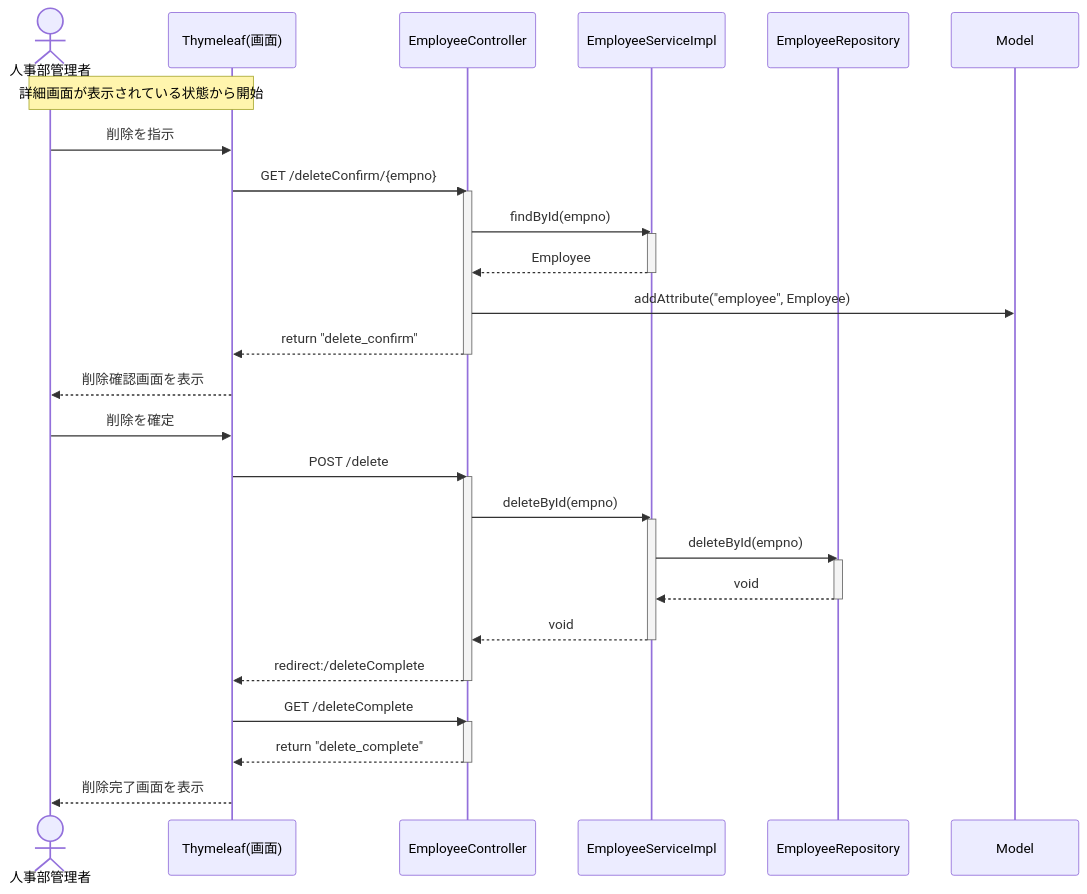
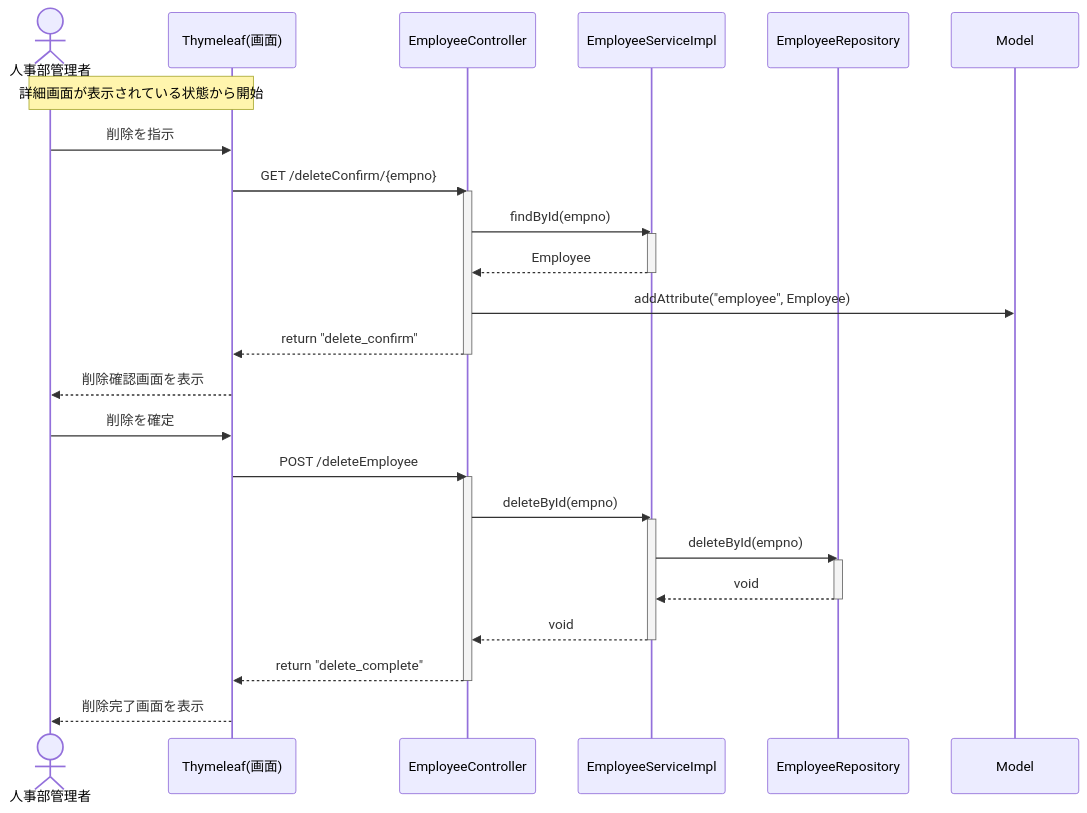
Diagram 21 of 21 in EIMS_Comprehensive_Exercise_Guide.md (juyeongjung1/NewEIMS), drawn with Mermaid before and after one commit. The commit also changed other lines of this file, not shown here.

Commit message:
分析・設計の両シーケンス図に、全検索パターンの分岐とトップページ導線を追加

````diff
--- a/EIMS_Comprehensive_Exercise_Guide.md
+++ b/EIMS_Comprehensive_Exercise_Guide.md
@@ -1330,41 +1394,37 @@
 ```mermaid
 sequenceDiagram
     actor Admin as 人事部管理者
     participant View as Thymeleaf(画面)
     participant Ctrl as EmployeeController
     participant Svc as EmployeeServiceImpl
     participant Rep as EmployeeRepository
     participant Model as Model
 
     note over Admin, View: 詳細画面が表示されている状態から開始
     Admin ->> View: 削除を指示
     View ->> Ctrl: GET /deleteConfirm/{empno}
     activate Ctrl
     Ctrl ->> Svc: findById(empno)
     activate Svc
     Svc -->> Ctrl: Employee
     deactivate Svc
     Ctrl ->> Model: addAttribute("employee", Employee)
     Ctrl -->> View: return "delete_confirm"
     deactivate Ctrl
     View -->> Admin: 削除確認画面を表示
     
     Admin ->> View: 削除を確定
-    View ->> Ctrl: POST /delete
+    View ->> Ctrl: POST /deleteEmployee
     activate Ctrl
     Ctrl ->> Svc: deleteById(empno)
     activate Svc
     Svc ->> Rep: deleteById(empno)
     activate Rep
     Rep -->> Svc: void
     deactivate Rep
     Svc -->> Ctrl: void
     deactivate Svc
-    Ctrl -->> View: redirect:/deleteComplete
-    deactivate Ctrl
-    View ->> Ctrl: GET /deleteComplete
-    activate Ctrl
     Ctrl -->> View: return "delete_complete"
     deactivate Ctrl
     View -->> Admin: 削除完了画面を表示
 ```
````
